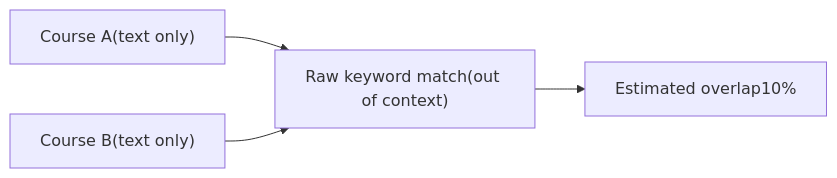
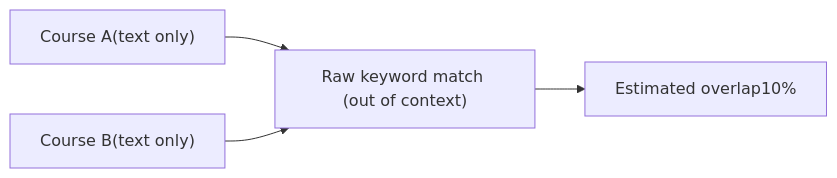
The tenth of 18 diagrams in reports/creditTransfer.md (leskneebone/skills-SPARQL), drawn with Mermaid before and after one commit. The commit also changed other lines of this file, not shown here.

````diff
--- a/reports/creditTransfer.md
+++ b/reports/creditTransfer.md
@@ -109,6 +109,6 @@
 ```mermaid
 flowchart LR
-  A["Course A(text only)"] --> M["Raw keyword match(out of context)"]
+  A["Course A(text only)"] --> M["Raw keyword match (out of context)"]
   B["Course B(text only)"] --> M
   M --> O["Estimated overlap10%"]
 ```
````
